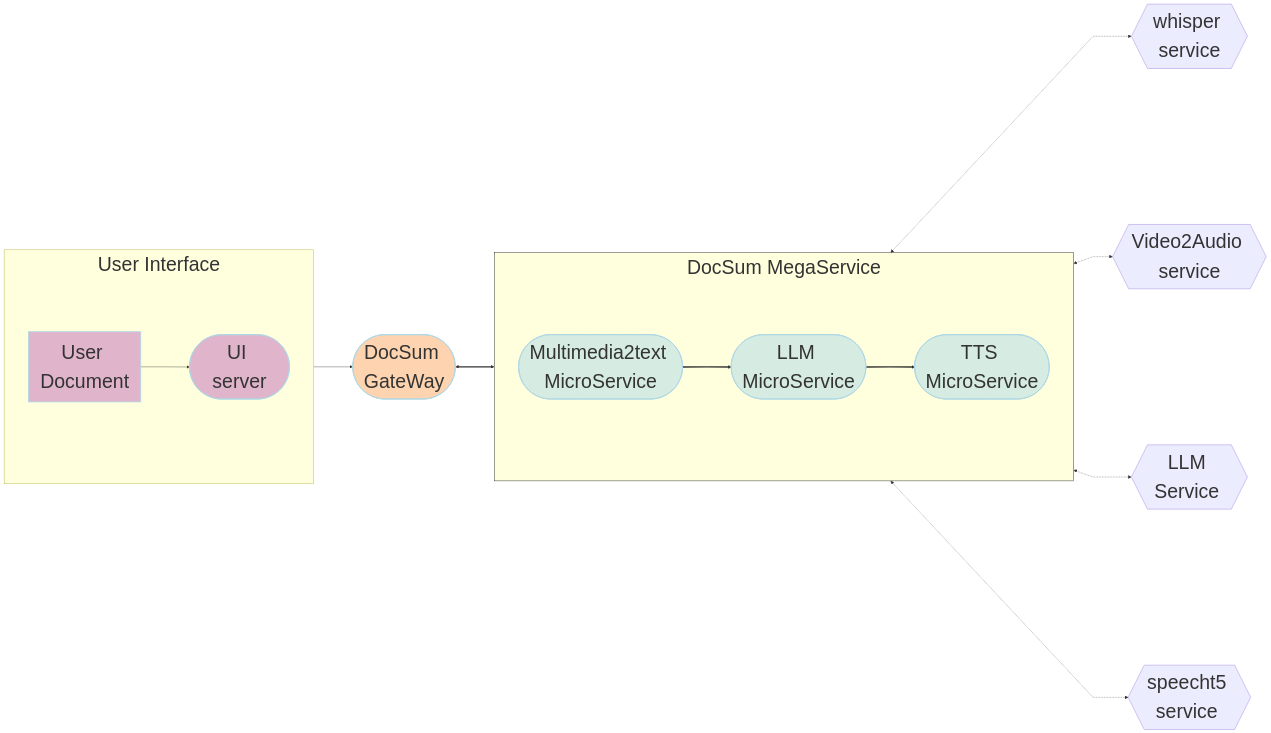
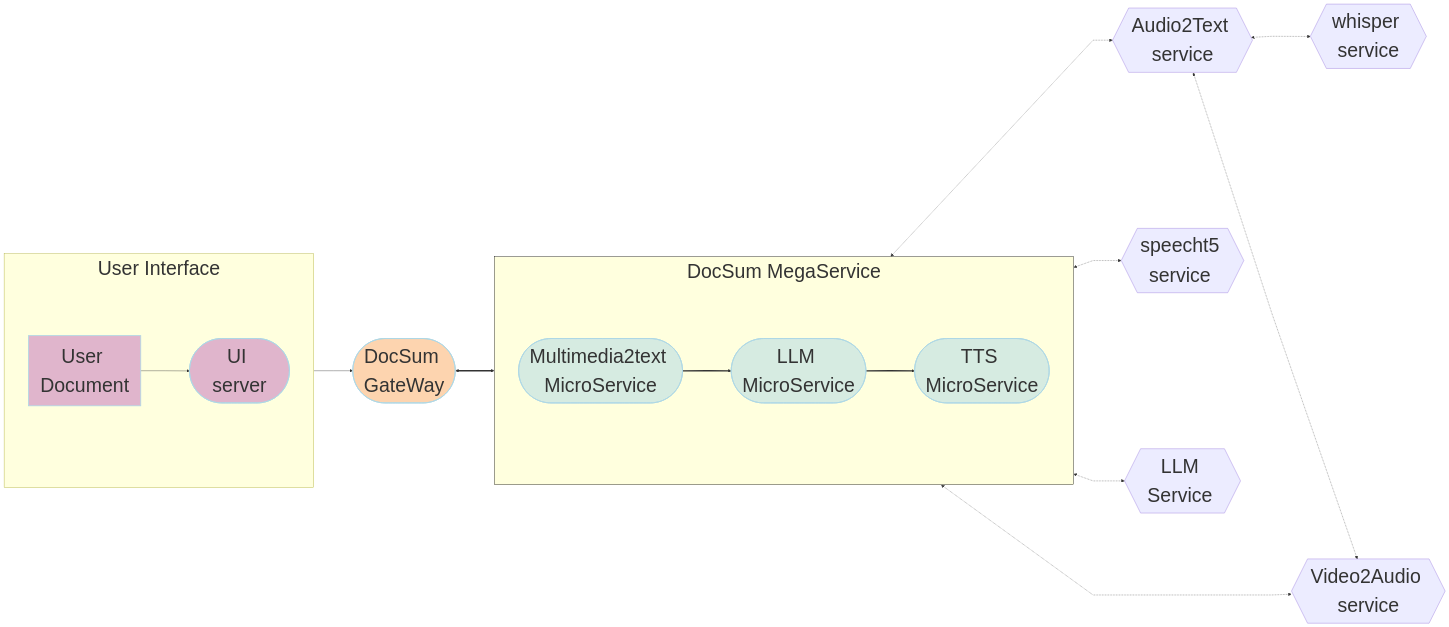
Before and after one commit to opea-project/GenAIExamples: the second of 2 diagrams in DocSum/README.md, drawn with Mermaid.

Commit message:
update read me file

````diff
--- a/DocSum/README.md
+++ b/DocSum/README.md
@@ -129,55 +129,57 @@
 ```mermaid
 ---
 config:
   flowchart:
     nodeSpacing: 400
     rankSpacing: 100
     curve: linear
   themeVariables:
     fontSize: 50px
 ---
 flowchart LR
     %% Colors %%
     classDef blue fill:#ADD8E6,stroke:#ADD8E6,stroke-width:2px,fill-opacity:0.5
     classDef orange fill:#FBAA60,stroke:#ADD8E6,stroke-width:2px,fill-opacity:0.5
     classDef orchid fill:#C26DBC,stroke:#ADD8E6,stroke-width:2px,fill-opacity:0.5
     classDef invisible fill:transparent,stroke:transparent;
     style DocSum-MegaService stroke:#000000
 
     %% Subgraphs %%
     subgraph DocSum-MegaService["DocSum MegaService "]
         direction LR
         ASR([Multimedia2text MicroService]):::blue
         LLM([LLM MicroService]):::blue
         TTS([TTS MicroService]):::blue
     end
     subgraph UserInterface[" User Interface "]
         direction LR
         a([User Input Query]):::orchid
         UI([UI server<br>]):::orchid
     end
 
 
+    A2T_SRV{{Audio2Text service<br>}}
     V2A_SRV{{Video2Audio service<br>}}
     WSP_SRV{{whisper service<br>}}
     SPC_SRV{{speecht5 service <br>}}
     LLM_gen{{LLM Service <br>}}
     GW([DocSum GateWay<br>]):::orange
 
 
     %% Questions interaction
     direction LR
     a[User Document] --> UI
     UI --> GW
     GW <==> DocSum-MegaService
     ASR ==> LLM
     LLM ==> TTS
 
     %% Embedding service flow
     direction LR
-    ASR <-.-> WSP_SRV
+    ASR <-.-> A2T_SRV <-.-> WSP_SRV
     ASR <-.-> V2A_SRV
+    A2T_SRV <-.-> V2A_SRV 
     LLM <-.-> LLM_gen
     TTS <-.-> SPC_SRV
 
 ```
````
